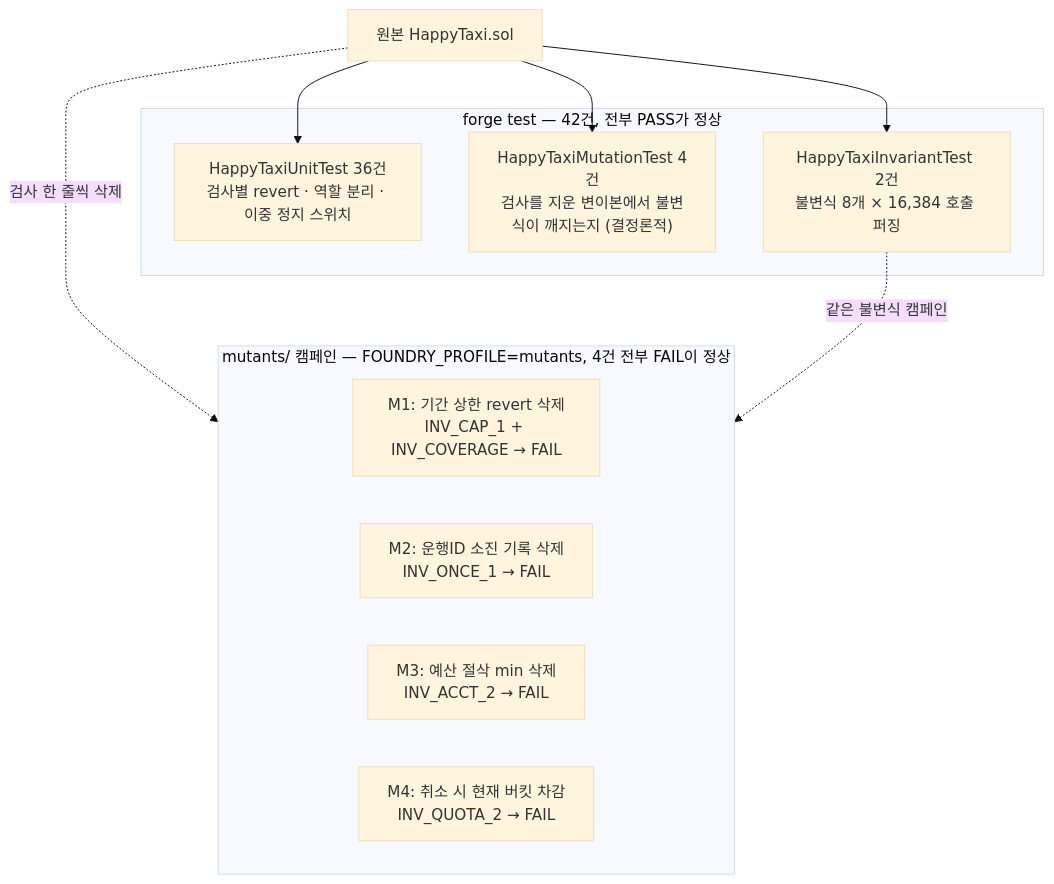
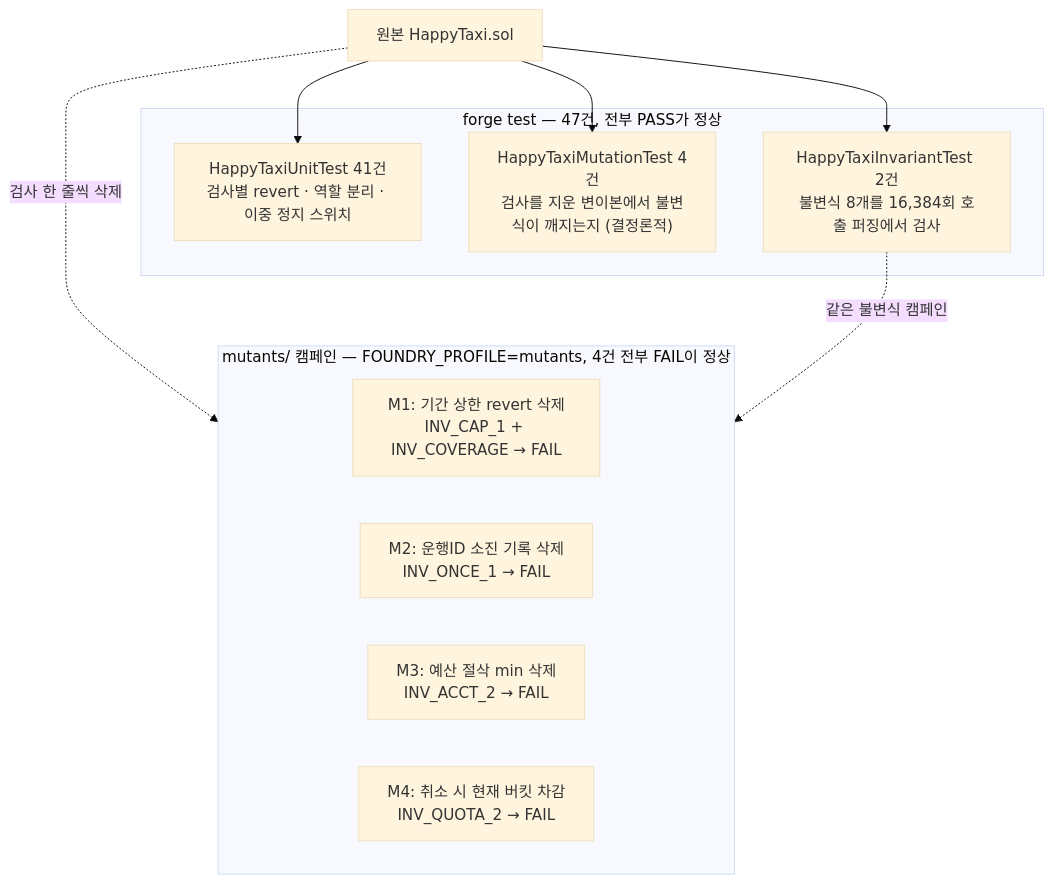
The second of 2 diagrams in docs/ko/README.md (dandel6/HappyTaxi), drawn with Mermaid (base theme) before and after one commit. The commit also changed other lines of this file and 1 other file, not shown here.

Commit message:
Update test counts to match forge test output (47 tests)

````diff
--- a/docs/ko/README.md
+++ b/docs/ko/README.md
@@ -40,23 +40,23 @@
 ```mermaid
 flowchart TB
     SRC["원본 HappyTaxi.sol"]
 
-    subgraph FT["forge test — 42건, 전부 PASS가 정상"]
-        U["HappyTaxiUnitTest 36건<br/>검사별 revert · 역할 분리 · 이중 정지 스위치"]
+    subgraph FT["forge test — 47건, 전부 PASS가 정상"]
+        U["HappyTaxiUnitTest 41건<br/>검사별 revert · 역할 분리 · 이중 정지 스위치"]
         MT["HappyTaxiMutationTest 4건<br/>검사를 지운 변이본에서 불변식이 깨지는지 (결정론적)"]
-        IT["HappyTaxiInvariantTest 2건<br/>불변식 8개 × 16,384 호출 퍼징"]
+        IT["HappyTaxiInvariantTest 2건<br/>불변식 8개를 16,384회 호출 퍼징에서 검사"]
     end
 
     subgraph MC["mutants/ 캠페인 — FOUNDRY_PROFILE=mutants, 4건 전부 FAIL이 정상"]
         M1["M1: 기간 상한 revert 삭제<br/>INV_CAP_1 + INV_COVERAGE → FAIL"]
         M2["M2: 운행ID 소진 기록 삭제<br/>INV_ONCE_1 → FAIL"]
         M3["M3: 예산 절삭 min 삭제<br/>INV_ACCT_2 → FAIL"]
         M4["M4: 취소 시 현재 버킷 차감<br/>INV_QUOTA_2 → FAIL"]
     end
 
     SRC --> U
     SRC --> IT
     SRC -. "검사 한 줄씩 삭제" .-> MC
     SRC --> MT
     IT -. "같은 불변식 캠페인" .-> MC
 ```
````
